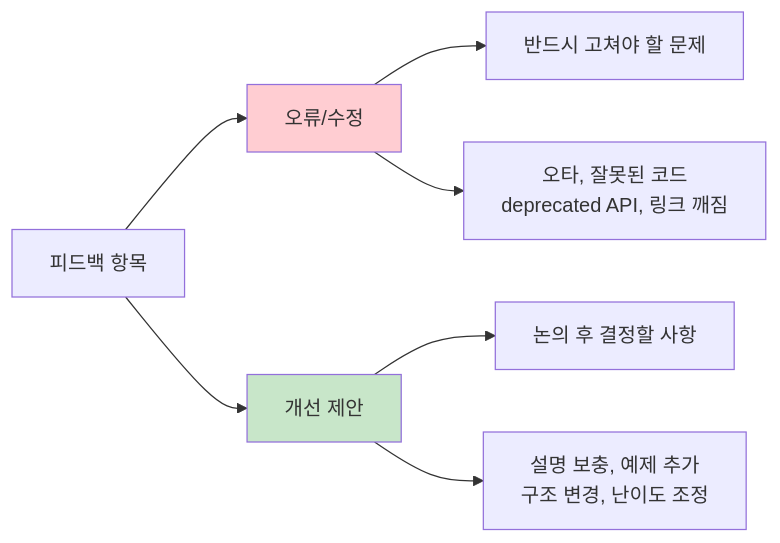
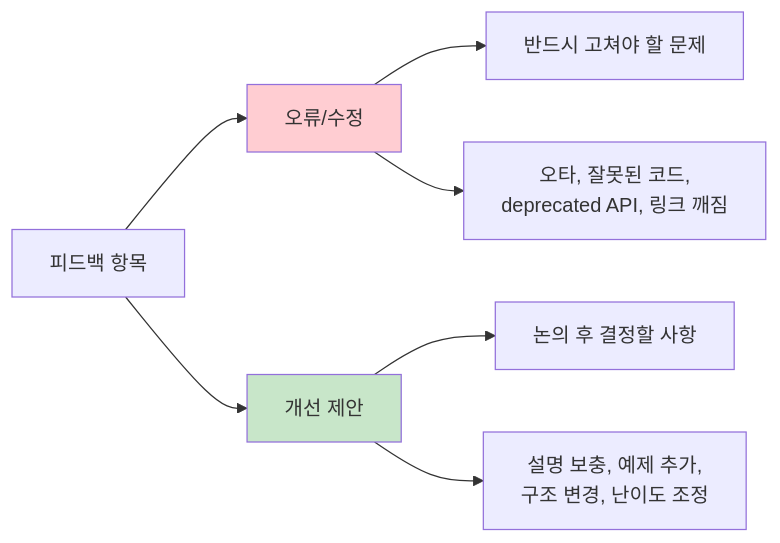
The third of 5 diagrams in langchain/reviews/README.md (restful3/langchain-docs), drawn with Mermaid before and after one commit.

Commit message:
Fix Mermaid newline: \n -> <br/> in node labels

````diff
--- a/langchain/reviews/README.md
+++ b/langchain/reviews/README.md
@@ -122,14 +122,14 @@
 ```mermaid
 flowchart LR
     A["피드백 항목"] --> B["오류/수정"]
     A --> C["개선 제안"]
 
     B --> B1["반드시 고쳐야 할 문제"]
-    B --> B2["오타, 잘못된 코드\ndeprecated API, 링크 깨짐"]
+    B --> B2["오타, 잘못된 코드,<br/>deprecated API, 링크 깨짐"]
 
     C --> C1["논의 후 결정할 사항"]
-    C --> C2["설명 보충, 예제 추가\n구조 변경, 난이도 조정"]
+    C --> C2["설명 보충, 예제 추가,<br/>구조 변경, 난이도 조정"]
 
     style B fill:#ffcdd2
     style C fill:#c8e6c9
 ```
````
